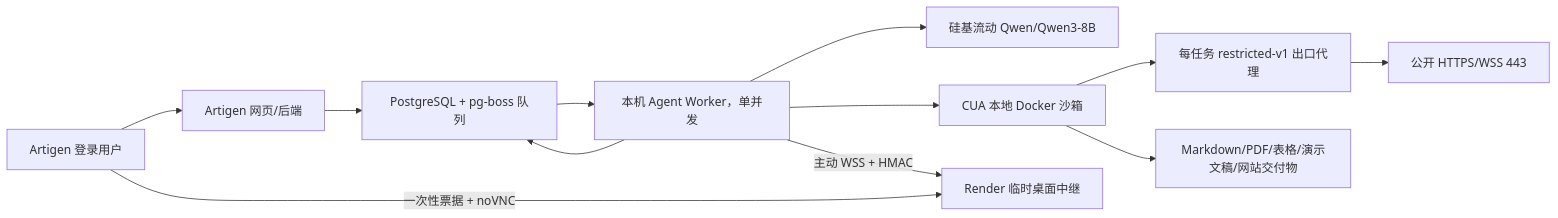
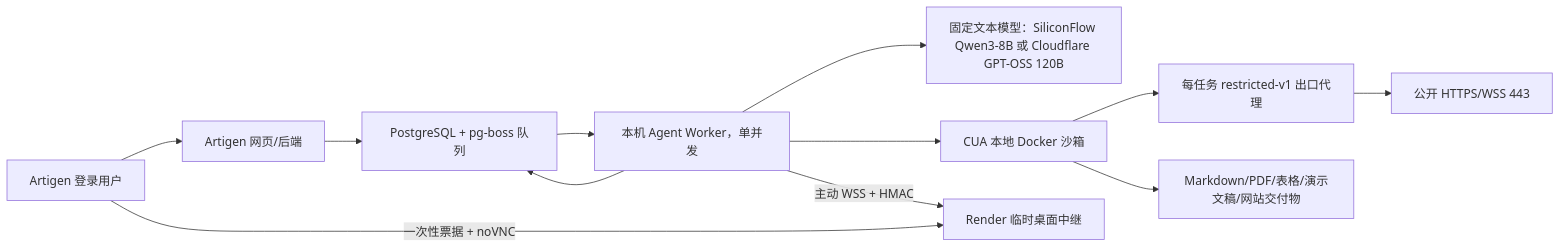
One commit to FengFan-1997/Artigen changed the diagram in AGENT_OPERATIONS_RUNBOOK.zh-CN.md. Above: the diagram before and after it, drawn with Mermaid. The commit also changed other lines of this file and 31 other files, not shown here.

Commit message:
feat(agent): add free Cloudflare GPT-OSS provider

````diff
--- a/AGENT_OPERATIONS_RUNBOOK.zh-CN.md
+++ b/AGENT_OPERATIONS_RUNBOOK.zh-CN.md
@@ -50,14 +56,14 @@
 ```mermaid
 flowchart LR
     U["Artigen 登录用户"] --> W["Artigen 网页/后端"]
     W --> DB["PostgreSQL + pg-boss 队列"]
     DB --> WK["本机 Agent Worker，单并发"]
-    WK --> O["硅基流动 Qwen/Qwen3-8B"]
+    WK --> O["固定文本模型：SiliconFlow Qwen3-8B 或 Cloudflare GPT-OSS 120B"]
     WK --> C["CUA 本地 Docker 沙箱"]
     C --> E["每任务 restricted-v1 出口代理"]
     E --> H["公开 HTTPS/WSS 443"]
     WK -->|"主动 WSS + HMAC"| R["Render 临时桌面中继"]
     U -->|"一次性票据 + noVNC"| R
     C --> A["Markdown/PDF/表格/演示文稿/网站交付物"]
     WK --> DB
 ```
````
